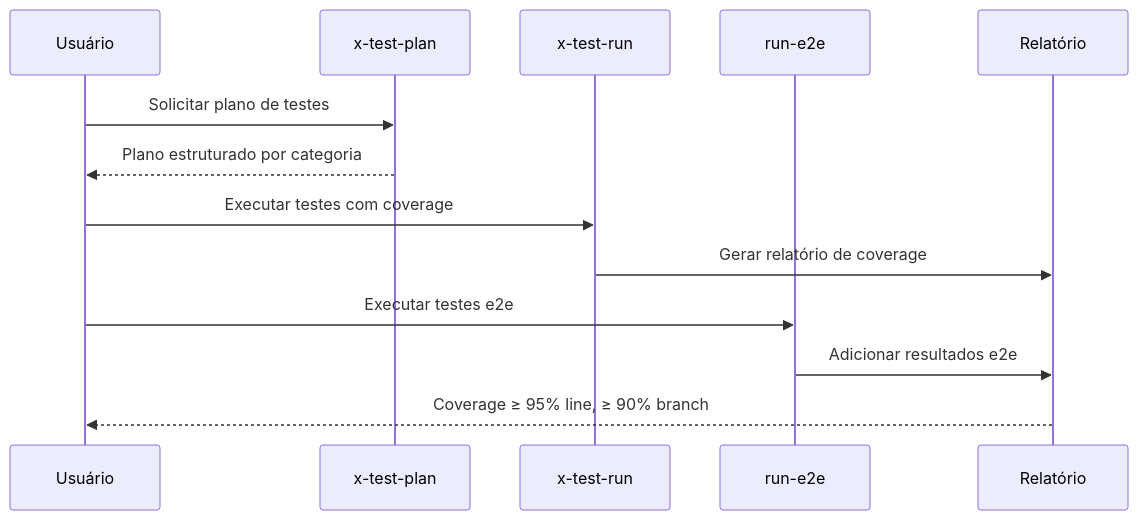
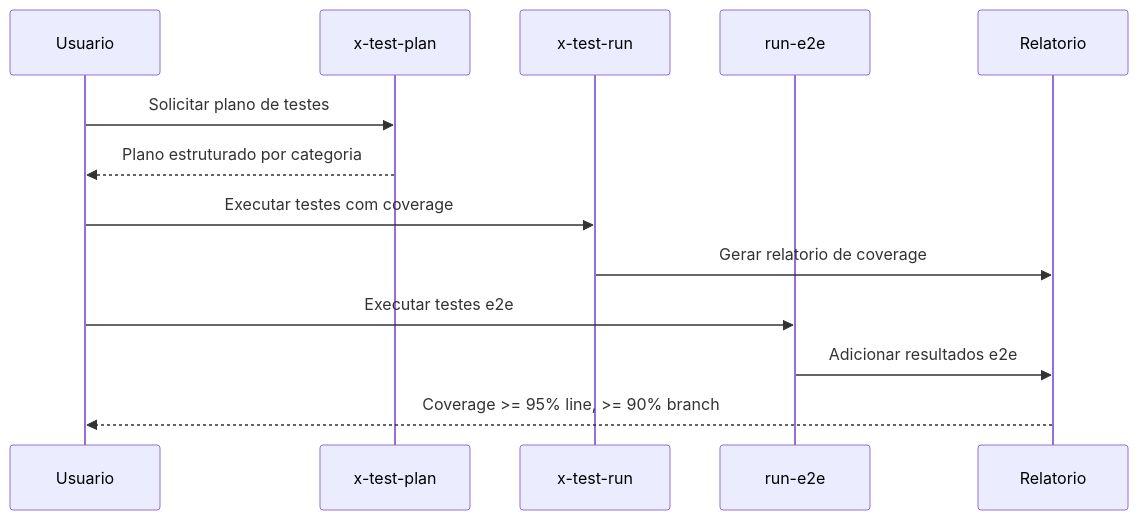
The second of 2 diagrams in docs/stories/github-structure/STORY-006.md (edercnj/ia-dev-environment), drawn with Mermaid before and after one commit. The commit also changed other lines of this file and 64 other files, not shown here.

````diff
--- a/docs/stories/github-structure/STORY-006.md
+++ b/docs/stories/github-structure/STORY-006.md
@@ -79,16 +126,16 @@
 ```mermaid
 sequenceDiagram
-    participant U as Usuário
+    participant U as Usuario
     participant TP as x-test-plan
     participant TR as x-test-run
     participant E as run-e2e
-    participant R as Relatório
+    participant R as Relatorio
 
     U->>TP: Solicitar plano de testes
     TP-->>U: Plano estruturado por categoria
     U->>TR: Executar testes com coverage
-    TR->>R: Gerar relatório de coverage
+    TR->>R: Gerar relatorio de coverage
     U->>E: Executar testes e2e
     E->>R: Adicionar resultados e2e
-    R-->>U: Coverage ≥ 95% line, ≥ 90% branch
+    R-->>U: Coverage >= 95% line, >= 90% branch
 ```
````
